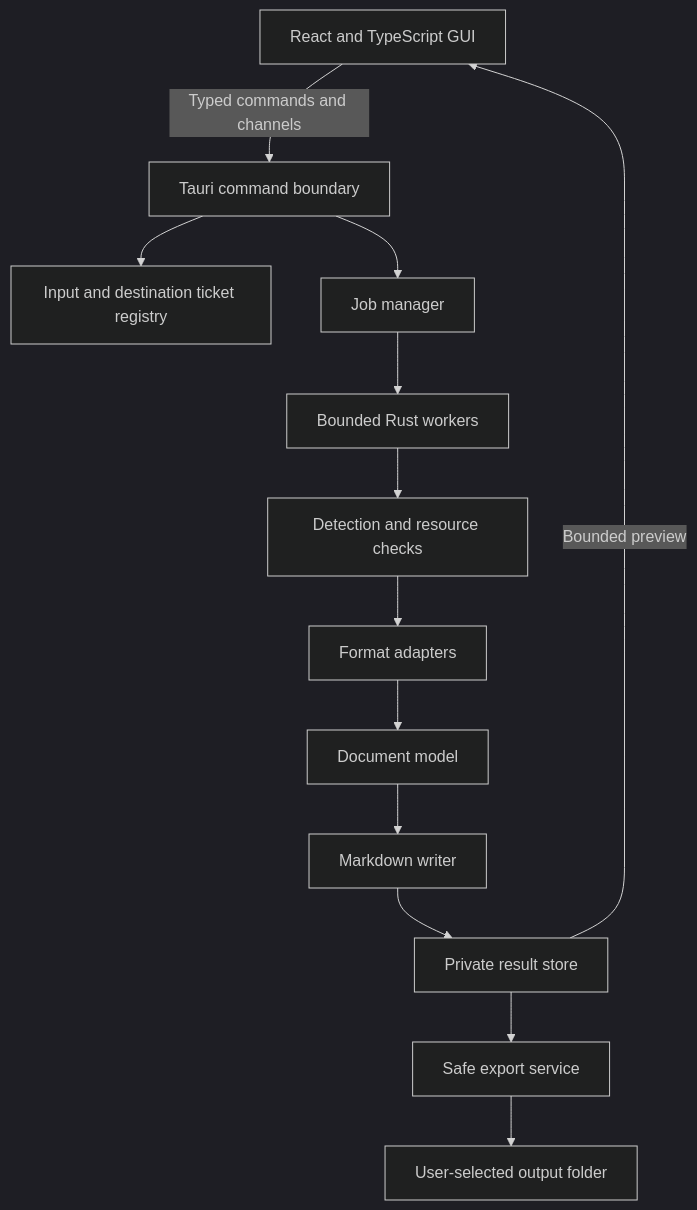
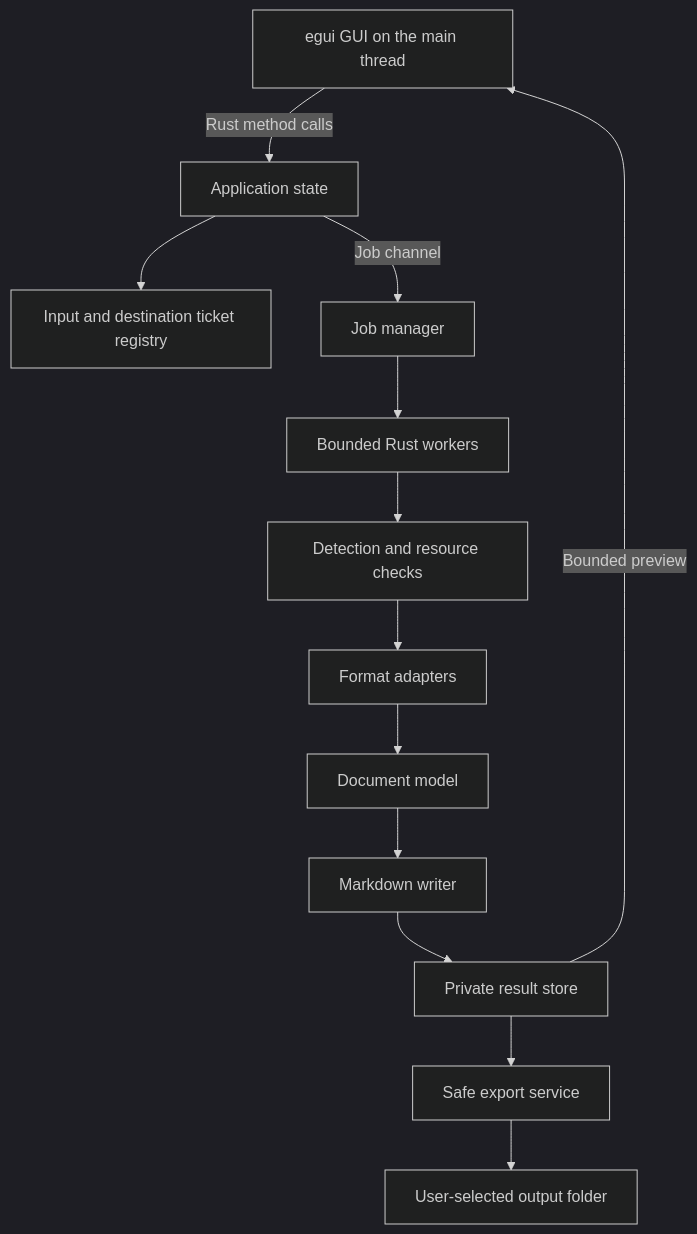
One commit to DennisYildizdev/document-to-markdown changed the diagram in docs/implement.md. Above: the diagram before and after it, drawn with Mermaid (dark theme). The commit also changed other lines of this file and 56 other files, not shown here.

First line of the commit message:
feat: replace Tauri/React GUI with native egui app

````diff
--- a/docs/implement.md
+++ b/docs/implement.md
@@ -87,15 +87,15 @@
 ```mermaid
 flowchart TD
-    A[React and TypeScript GUI] -->|Typed commands and channels| B[Tauri command boundary]
+    A[egui GUI on the main thread] -->|Rust method calls| B[Application state]
     B --> C[Input and destination ticket registry]
-    B --> D[Job manager]
+    B -->|Job channel| D[Job manager]
     D --> E[Bounded Rust workers]
     E --> F[Detection and resource checks]
     F --> G[Format adapters]
     G --> H[Document model]
     H --> I[Markdown writer]
     I --> J[Private result store]
     J -->|Bounded preview| A
     J --> K[Safe export service]
     K --> L[User-selected output folder]
 ```
````
